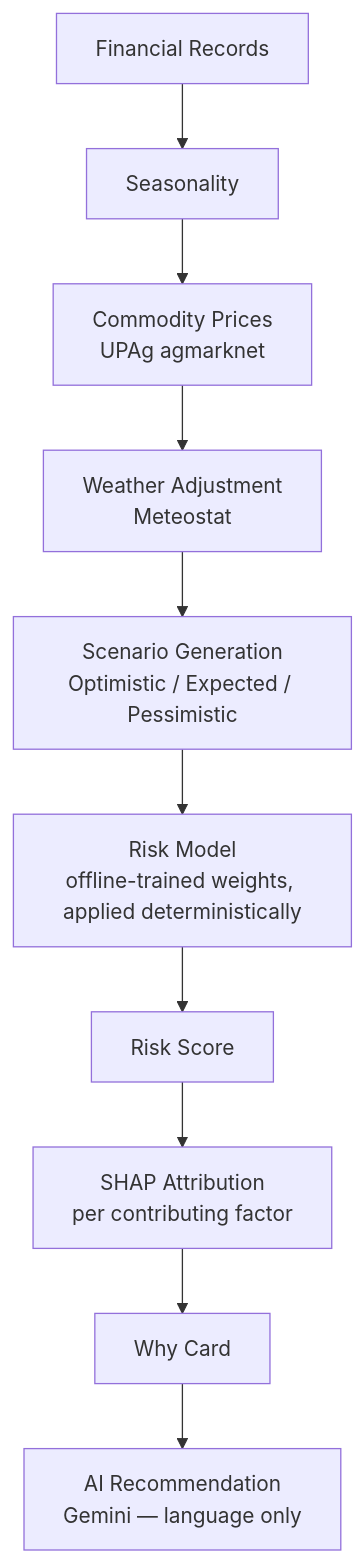
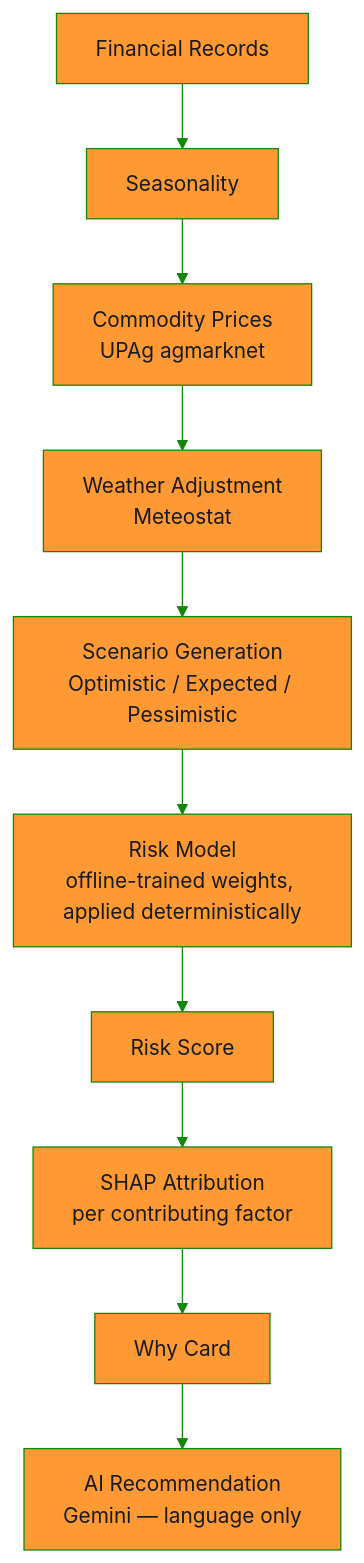
Before and after one commit to Agnik47/Fasal-Becho: the second of 4 diagrams in README.md, drawn with Mermaid. The commit also changed other lines of this file and 1 other file, not shown here.

````diff
--- a/README.md
+++ b/README.md
@@ -214,12 +238,13 @@
 ```mermaid
+%%{init: {'theme':'base', 'themeVariables': {'primaryColor':'#FF9933','primaryTextColor':'#1a1a1a','primaryBorderColor':'#138808','lineColor':'#138808','secondaryColor':'#ffffff','tertiaryColor':'#e8f5e9'}}}%%
 flowchart TD
     A[Financial Records] --> B[Seasonality]
     B --> C["Commodity Prices<br/>UPAg agmarknet"]
     C --> D["Weather Adjustment<br/>Meteostat"]
     D --> E["Scenario Generation<br/>Optimistic / Expected / Pessimistic"]
     E --> F["Risk Model<br/>offline-trained weights, applied deterministically"]
     F --> G[Risk Score]
     G --> H["SHAP Attribution<br/>per contributing factor"]
     H --> I[Why Card]
     I --> J["AI Recommendation<br/>Gemini — language only"]
 ```
````
